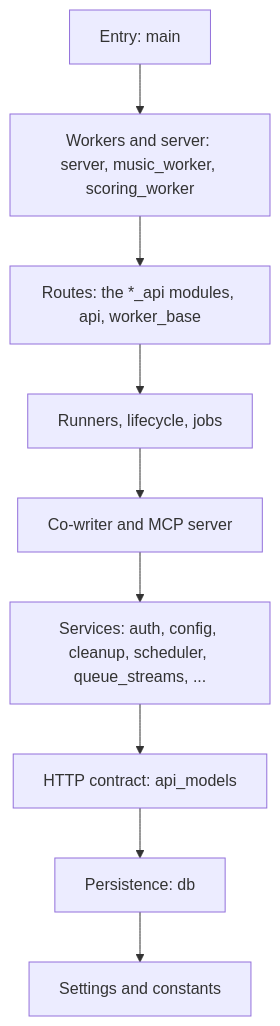
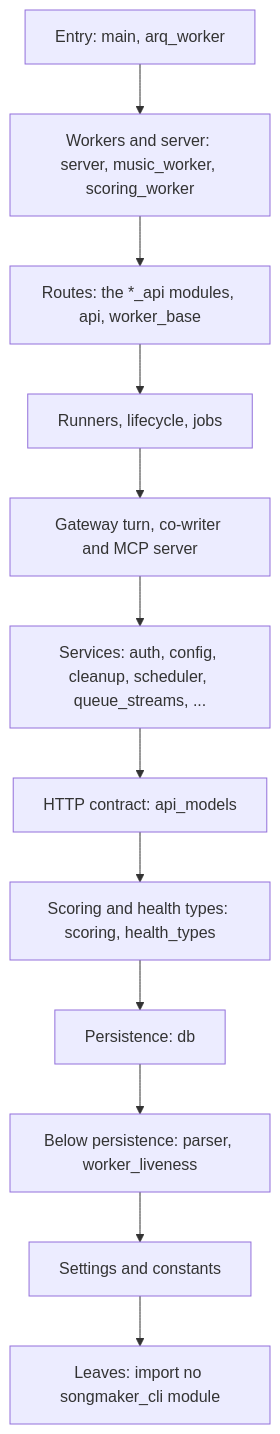
One commit to overnightworks/songmaker changed the diagram in docs/architecture.md. Above: the diagram before and after it, drawn with Mermaid. The commit also changed other lines of this file and 5 other files, not shown here.

````diff
--- a/docs/architecture.md
+++ b/docs/architecture.md
@@ -1337,13 +1337,16 @@
 ```mermaid
 flowchart TB
-    entry["Entry: main"]
+    entry["Entry: main, arq_worker"]
     workers["Workers and server: server, music_worker, scoring_worker"]
     routes["Routes: the *_api modules, api, worker_base"]
     runtime["Runners, lifecycle, jobs"]
-    ai["Co-writer and MCP server"]
+    ai["Gateway turn, co-writer and MCP server"]
     services["Services: auth, config, cleanup, scheduler, queue_streams, ..."]
     contract["HTTP contract: api_models"]
+    typed["Scoring and health types: scoring, health_types"]
     persistence["Persistence: db"]
+    below["Below persistence: parser, worker_liveness"]
     base["Settings and constants"]
-    entry --> workers --> routes --> runtime --> ai --> services --> contract --> persistence --> base
+    leaves["Leaves: import no songmaker_cli module"]
+    entry --> workers --> routes --> runtime --> ai --> services --> contract --> typed --> persistence --> below --> base --> leaves
 ```
````
